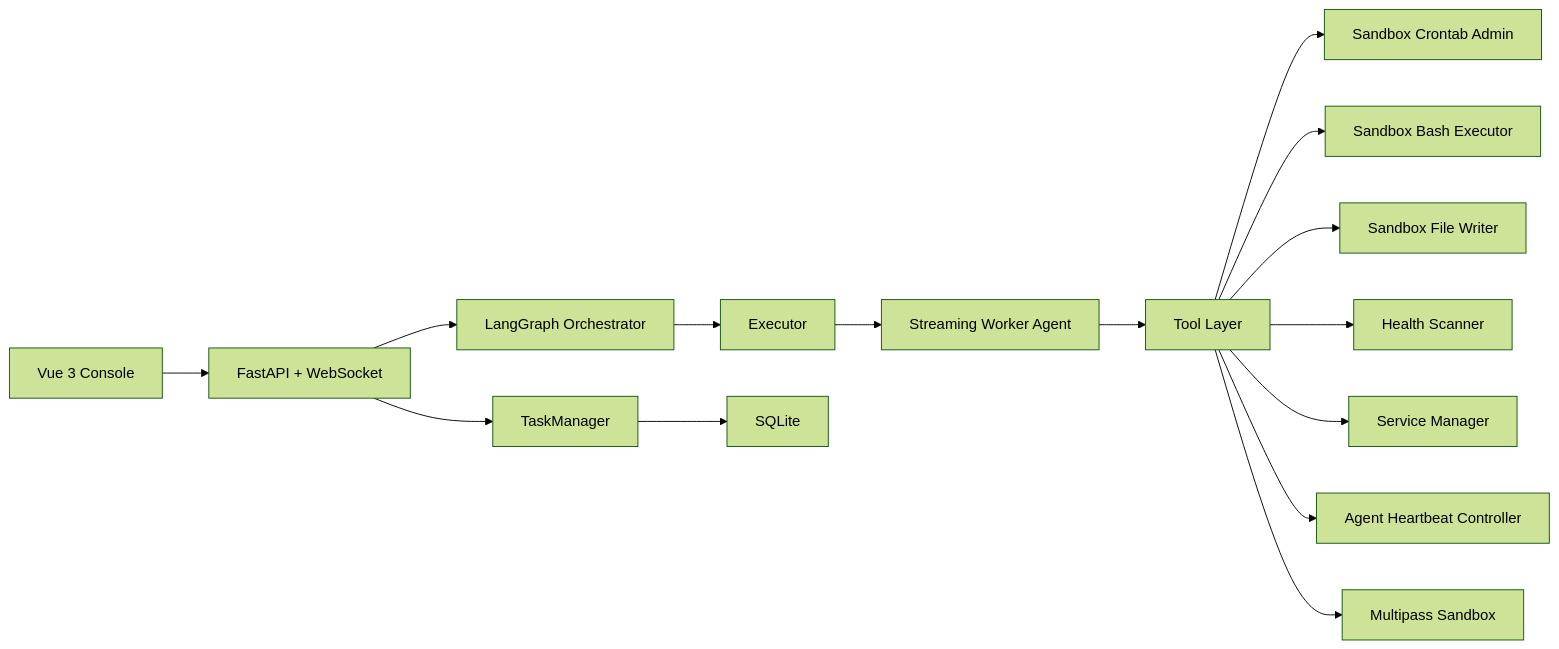
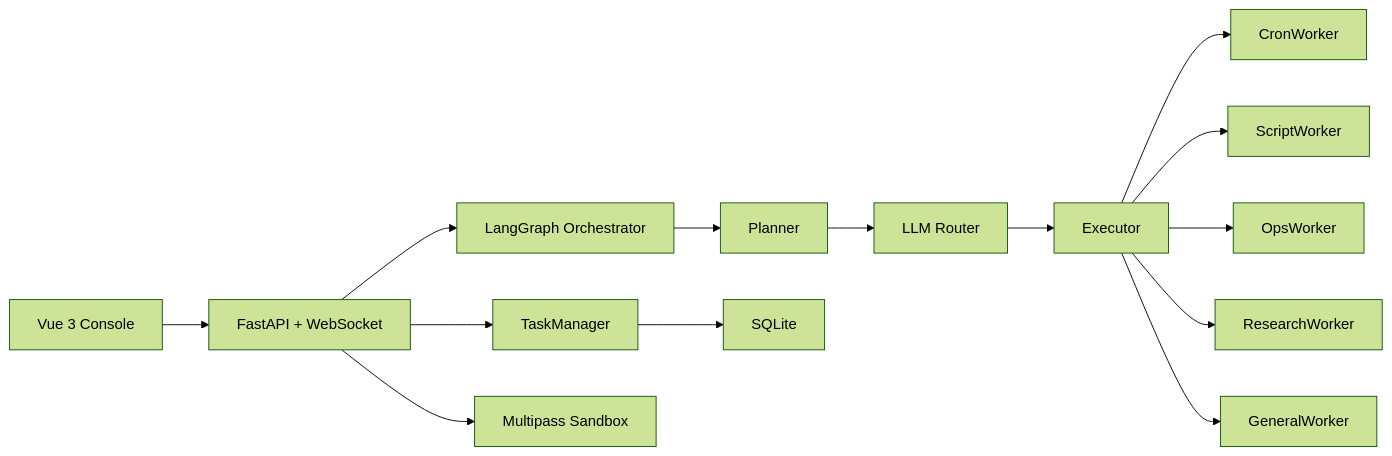
One commit to ZionFeng163/Local-Cron-Agent changed the diagram in README.md. Above: the diagram before and after it, drawn with Mermaid (forest theme).

Commit message:
Refine architecture diagram for multi-agent focus

````diff
--- a/README.md
+++ b/README.md
@@ -49,19 +49,18 @@
 ```mermaid
 flowchart LR
     UI["Vue 3 Console"] --> API["FastAPI + WebSocket"]
     API --> ORCH["LangGraph Orchestrator"]
-    ORCH --> EXEC["Executor"]
-    EXEC --> WORKER["Streaming Worker Agent"]
-    WORKER --> TOOLS["Tool Layer"]
+    ORCH --> PLAN["Planner"]
+    PLAN --> ROUTER["LLM Router"]
+    ROUTER --> EXEC["Executor"]
 
-    TOOLS --> CRON["Sandbox Crontab Admin"]
-    TOOLS --> BASH["Sandbox Bash Executor"]
-    TOOLS --> FILE["Sandbox File Writer"]
-    TOOLS --> HEALTH["Health Scanner"]
-    TOOLS --> SERVICE["Service Manager"]
-    TOOLS --> HEARTBEAT["Agent Heartbeat Controller"]
+    EXEC --> CRONW["CronWorker"]
+    EXEC --> SCRIPTW["ScriptWorker"]
+    EXEC --> OPSW["OpsWorker"]
+    EXEC --> RESEARCHW["ResearchWorker"]
+    EXEC --> GENERALW["GeneralWorker"]
 
     API --> TM["TaskManager"]
     TM --> DB["SQLite"]
-    TOOLS --> VM["Multipass Sandbox"]
+    API --> VM["Multipass Sandbox"]
 ```
````
